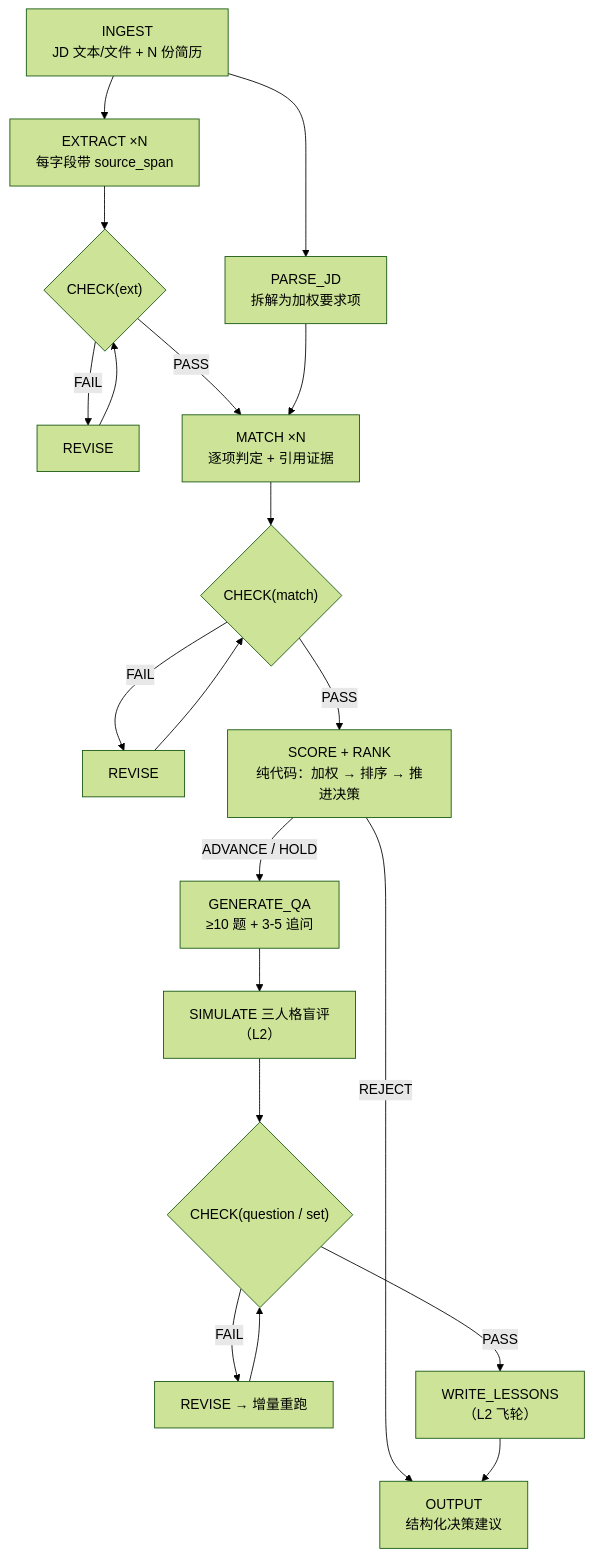
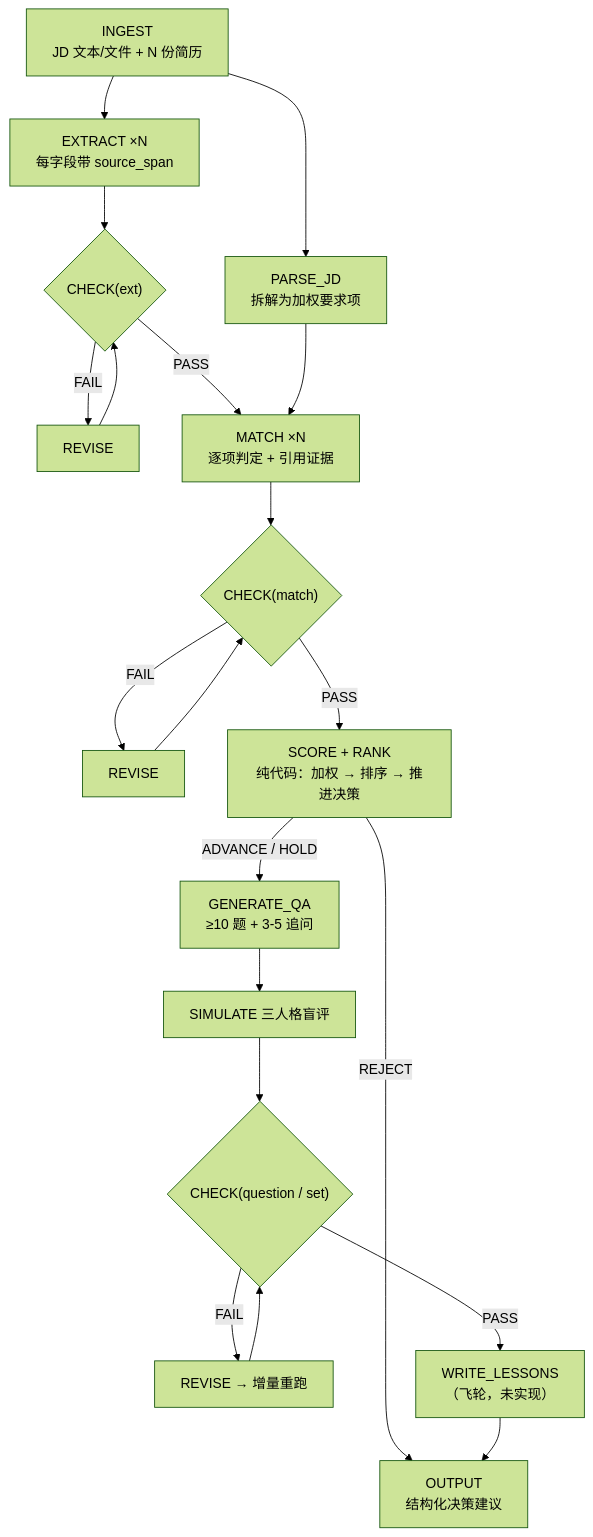
One commit to 1367877593-ops/resume-screening-agent changed the second of 2 diagrams in ARCHITECTURE.md. Above: the diagram before and after it, drawn with Mermaid (forest theme). The commit also changed other lines of this file and 4 other files, not shown here.

````diff
--- a/ARCHITECTURE.md
+++ b/ARCHITECTURE.md
@@ -275,22 +279,22 @@
 ```mermaid
 flowchart TD
     A["INGEST<br/>JD 文本/文件 + N 份简历"] --> B["PARSE_JD<br/>拆解为加权要求项"]
     A --> C["EXTRACT ×N<br/>每字段带 source_span"]
     C --> D{"CHECK(ext)"}
     D -->|FAIL| E["REVISE"]
     E --> D
     D -->|PASS| F["MATCH ×N<br/>逐项判定 + 引用证据"]
     B --> F
     F --> G{"CHECK(match)"}
     G -->|FAIL| H["REVISE"]
     H --> G
     G -->|PASS| I["SCORE + RANK<br/>纯代码：加权 → 排序 → 推进决策"]
     I -->|REJECT| N["OUTPUT<br/>结构化决策建议"]
     I -->|ADVANCE / HOLD| J["GENERATE_QA<br/>≥10 题 + 3-5 追问"]
-    J --> K["SIMULATE 三人格盲评<br/>（L2）"]
+    J --> K["SIMULATE 三人格盲评"]
     K --> L{"CHECK(question / set)"}
     L -->|FAIL| M["REVISE → 增量重跑"]
     M --> L
-    L -->|PASS| O["WRITE_LESSONS<br/>（L2 飞轮）"]
+    L -->|PASS| O["WRITE_LESSONS<br/>（飞轮，未实现）"]
     O --> N
 ```
````
